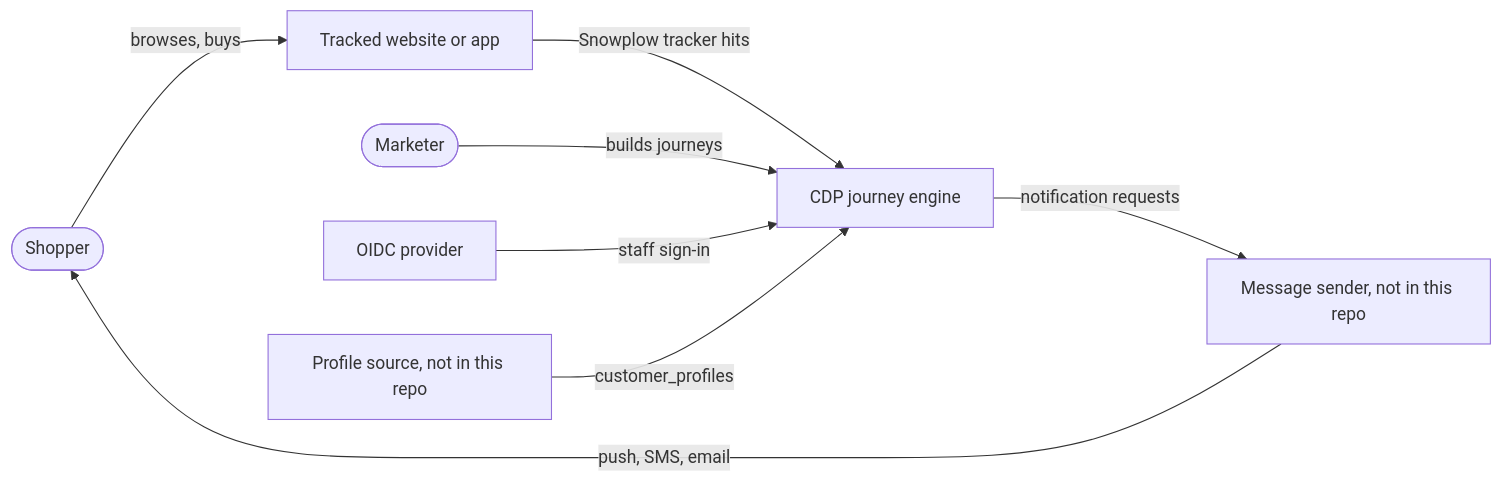
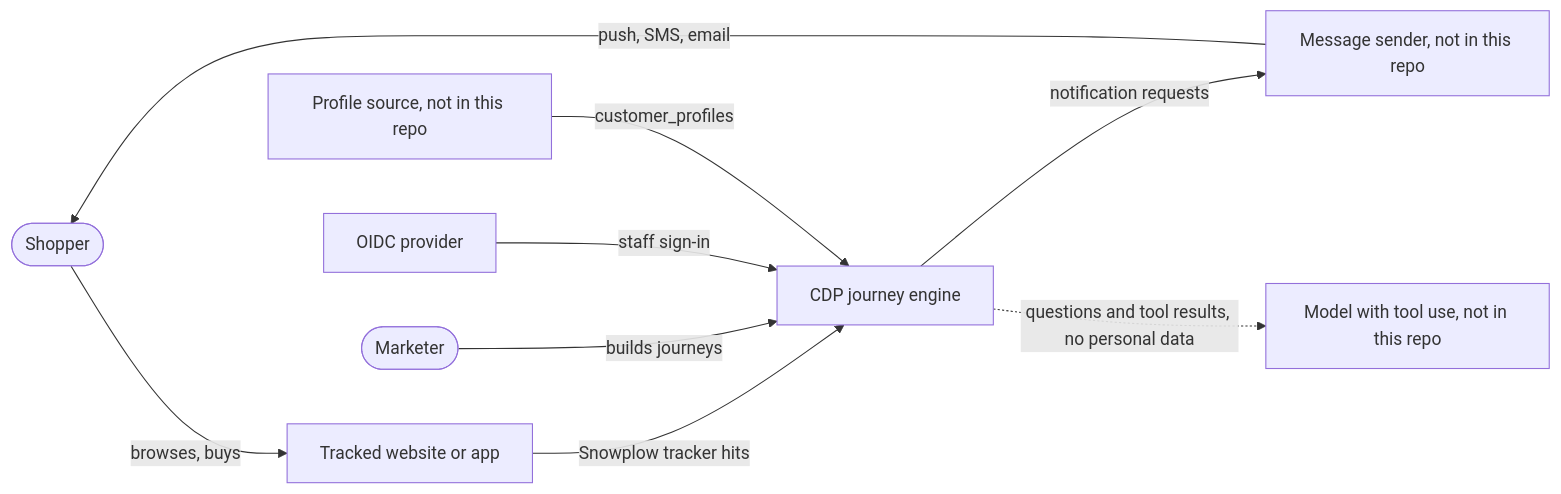
The first of 7 diagrams in docs/internal/architecture/overview.md (18120158binh/salarose), drawn with Mermaid before and after one commit. The commit also changed other lines of this file and 7 other files, not shown here.

````diff
--- a/docs/internal/architecture/overview.md
+++ b/docs/internal/architecture/overview.md
@@ -9,10 +9,11 @@
 ```mermaid
 flowchart LR
 	shopper([Shopper]) -->|browses, buys| site[Tracked website or app]
 	site -->|Snowplow tracker hits| cdp[CDP journey engine]
 	marketer([Marketer]) -->|builds journeys| cdp
 	cdp -->|notification requests| sender[Message sender, not in this repo]
 	sender -->|push, SMS, email| shopper
 	idp[OIDC provider] -->|staff sign-in| cdp
 	crm[Profile source, not in this repo] -->|customer_profiles| cdp
+	cdp -.->|questions and tool results, no personal data| llm[Model with tool use, not in this repo]
 ```
````
